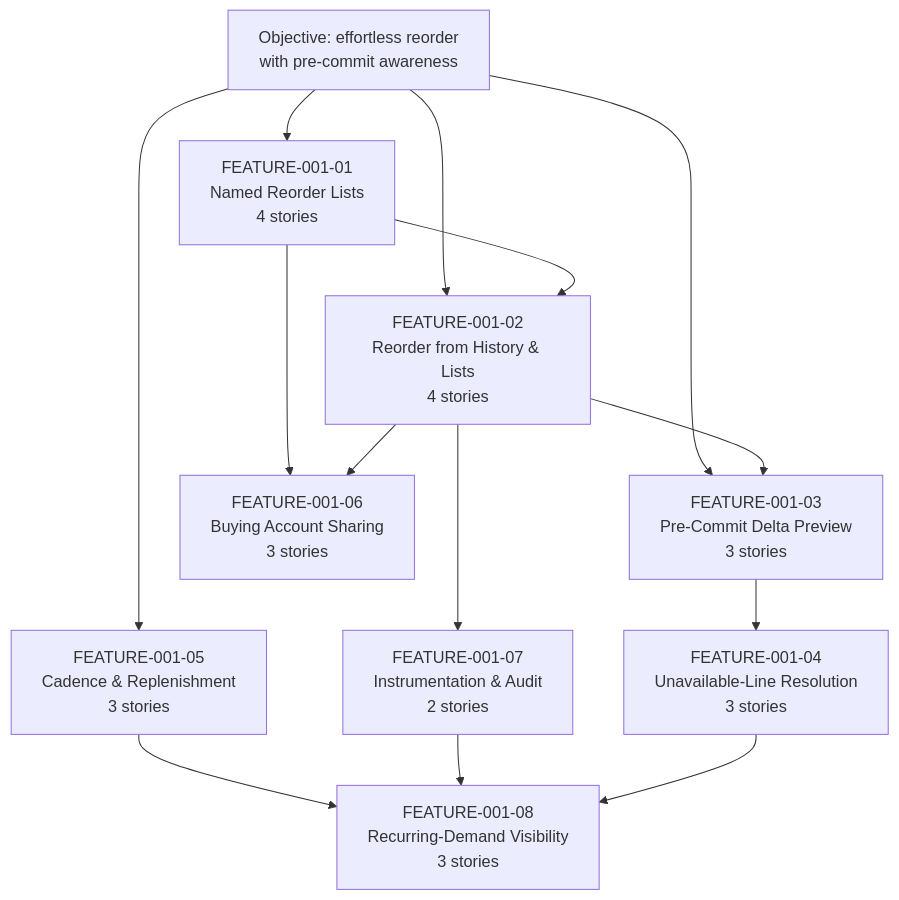
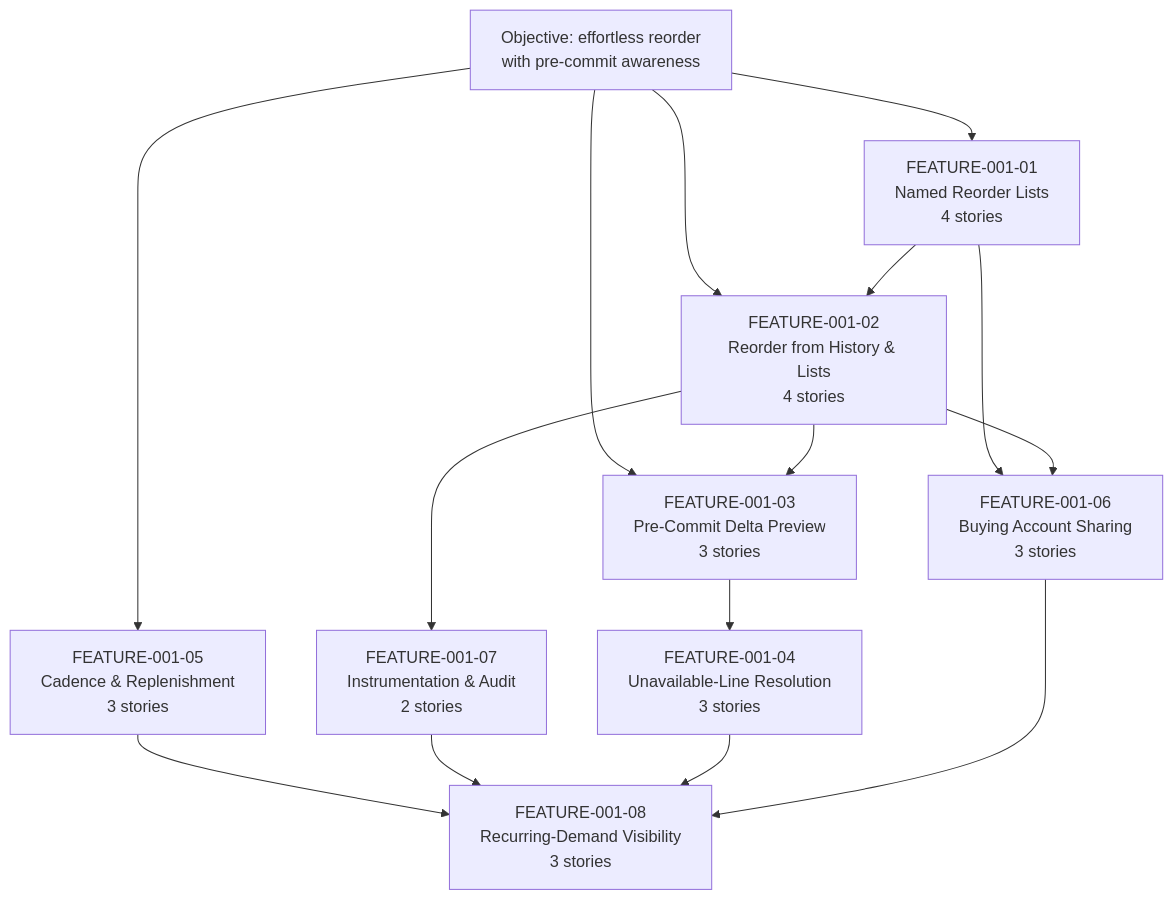
One commit to blitzy-public-samples/vendure changed the second of 2 diagrams in tickets/EPIC-001-reorder-and-replenishment.md. Above: the diagram before and after it, drawn with Mermaid. The commit also changed other lines of this file and 23 other files, not shown here.

````diff
--- a/tickets/EPIC-001-reorder-and-replenishment.md
+++ b/tickets/EPIC-001-reorder-and-replenishment.md
@@ -125,28 +127,32 @@
 ```mermaid
 graph TD
     OBJ["Objective: effortless reorder<br/>with pre-commit awareness"]
     F1["FEATURE-001-01<br/>Named Reorder Lists<br/>4 stories"]
     F2["FEATURE-001-02<br/>Reorder from History &amp; Lists<br/>4 stories"]
     F3["FEATURE-001-03<br/>Pre-Commit Delta Preview<br/>3 stories"]
     F4["FEATURE-001-04<br/>Unavailable-Line Resolution<br/>3 stories"]
     F5["FEATURE-001-05<br/>Cadence &amp; Replenishment<br/>3 stories"]
     F6["FEATURE-001-06<br/>Buying Account Sharing<br/>3 stories"]
     F7["FEATURE-001-07<br/>Instrumentation &amp; Audit<br/>2 stories"]
     F8["FEATURE-001-08<br/>Recurring-Demand Visibility<br/>3 stories"]
     OBJ --> F1
     OBJ --> F2
     OBJ --> F3
     OBJ --> F5
     F1 --> F2
     F2 --> F3
     F3 --> F4
     F1 --> F6
     F2 --> F6
     F2 --> F7
     F5 --> F8
     F7 --> F8
     F4 --> F8
+    F6 --> F8
     %% Batch sequencing: B1 = F1, B2 = F2, B3 = F3 + story 04-01,
     %% B4 = rest of F4 + F5, B5 = F6 + F7 + F8, sequenced internally per section 9.4.1.
     %% B5 is split because F8 reads tables that F6 and F7 create: see section 9.4.
+    %% The two gates of section 9.4.1 are both drawn above and neither is implied:
+    %% F7 --> F8 carries gate 1 (07-01 creates the attempt tables all three F8 stories read),
+    %% and F6 --> F8 carries gate 2 (06-01 creates ReorderListShare, which story 08-03 reads).
 ```
````
